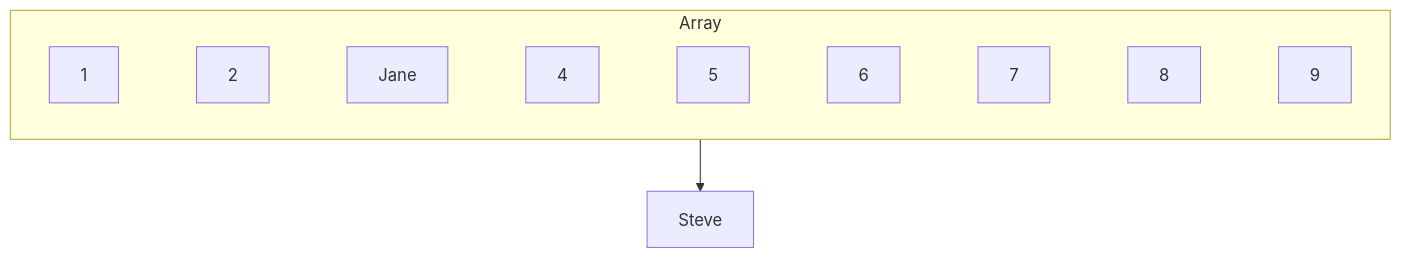
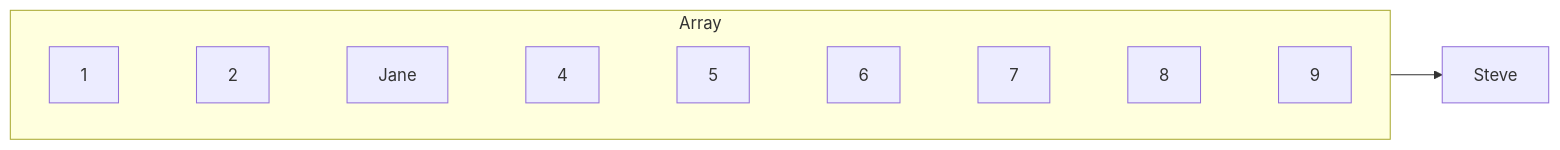
One commit to tsolenthaler/zbwAlgDs changed the third of 3 diagrams in docs/datenstrukturen/hashtable.md. Above: the diagram before and after it, drawn with Mermaid. The commit also changed other lines of this file, not shown here.

Commit message:
Change mermaid flowcharts in hashtable documentation from TD to LR direction for consistency

````diff
--- a/docs/datenstrukturen/hashtable.md
+++ b/docs/datenstrukturen/hashtable.md
@@ -171,8 +171,8 @@
 ``` mermaid
-flowchart TD
+flowchart LR
     subgraph Array
-        direction LR 
+        direction LR
         1 ~~~ 2 ~~~ 3[Jane] ~~~ 4 ~~~ 5 ~~~ 6 ~~~ 7 ~~~ 8 ~~~ 9
     end
     3 --> Steve
 ```
````
